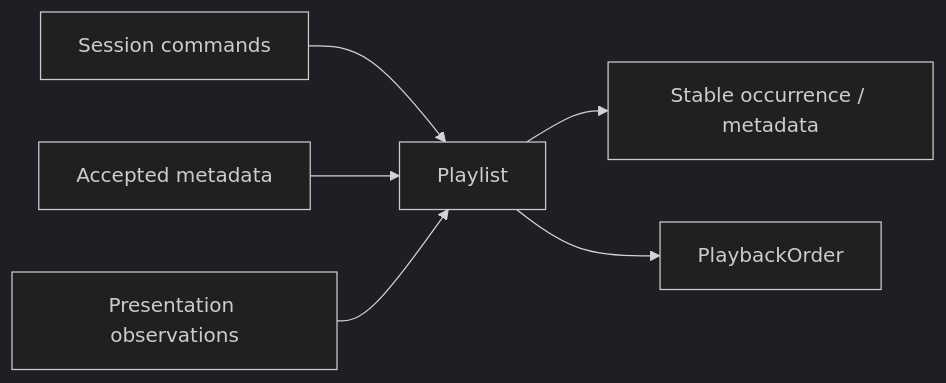
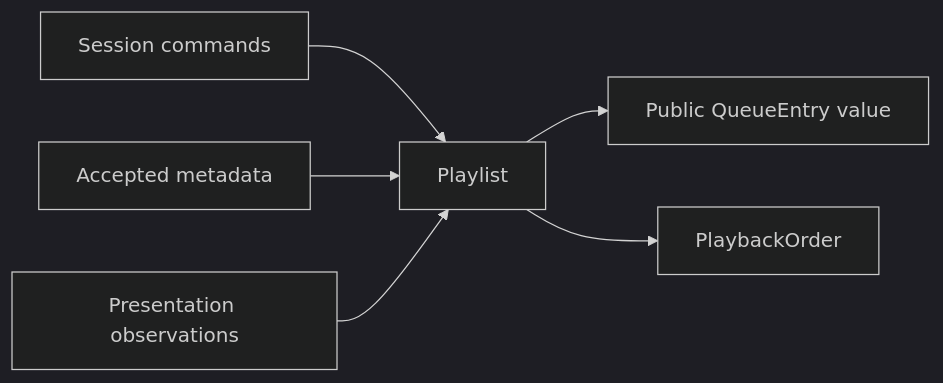
The diagram in src/core/playback/private/queue/README.md (Vokerlee/wiola-player), drawn with Mermaid (dark theme) before and after one commit. The commit also changed other lines of this file and 27 other files, not shown here.

Commit message:
playback: own queue entry construction and immutable observations

````diff
--- a/src/core/playback/private/queue/README.md
+++ b/src/core/playback/private/queue/README.md
@@ -5,8 +5,8 @@
 ```mermaid
 flowchart LR
     Session[Session commands] --> Playlist
     Metadata[Accepted metadata] --> Playlist
-    Playlist --> Track[Stable occurrence / metadata]
+    Playlist --> Entry[Public QueueEntry value]
     Playlist --> Order[PlaybackOrder]
     Observers[Presentation observations] --> Playlist
 ```
````
